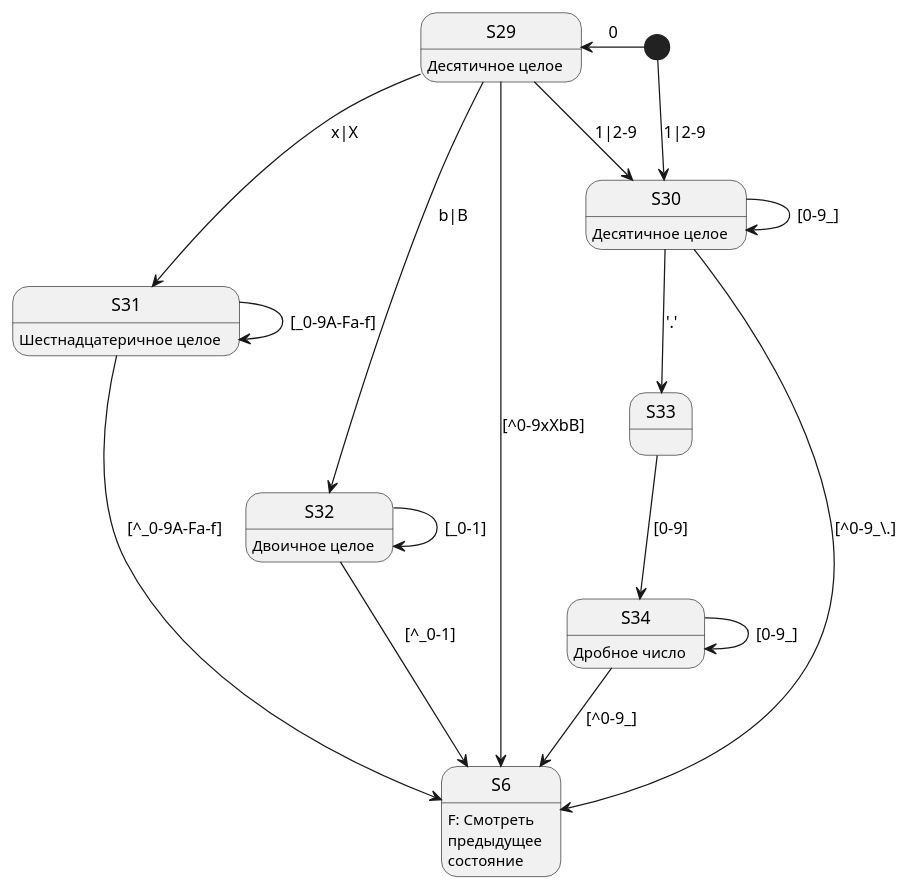
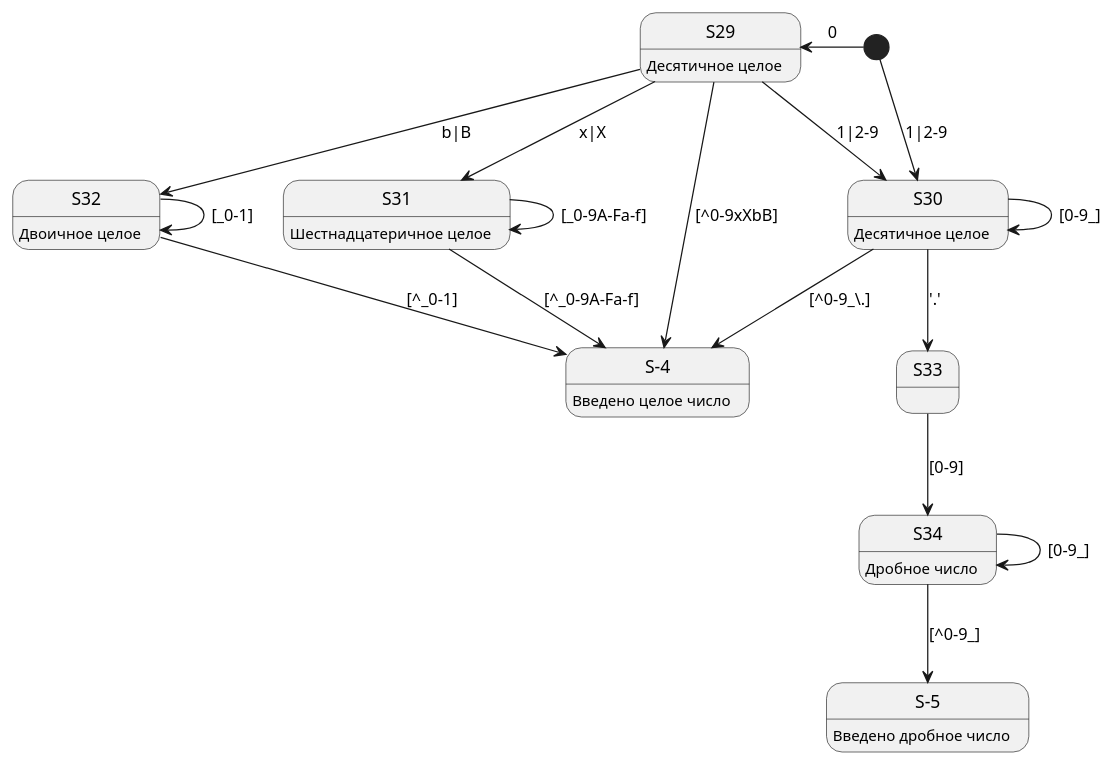
Before and after one commit to vladimirlll/CSharpLexicalAnalyzer: the diagram in Диаграмма состояния для ЛА/sd4.puml, drawn with PlantUML. The commit also changed 12 other files, not shown here.

```diff
--- a/Диаграмма состояния для ЛА/sd4.puml
+++ b/Диаграмма состояния для ЛА/sd4.puml
@@ -1,30 +1,34 @@
 @startuml "sd4"
+
+state "S-4" as Integer
+state "S-5" as Real 
+Integer : Введено целое число
+Real : Введено дробное число
 
 [*] -left-> S29 : 0
 S29 --> S30 : 1|2-9
 S29 --> S31 : x|X
 S29 --> S32 : b|B
-S29 --> S6 : [^0-9xXbB]
+S29 --> Integer : [^0-9xXbB]
 S29 : Десятичное целое
 
 [*] --> S30 : 1|2-9
 S30 --> S30 : [0-9_]
 S30 --> S33 : '.'
-S30 --> S6 : [^0-9_\.]
-S6 : F: Смотреть\nпредыдущее\nсостояние
+S30 --> Integer : [^0-9_\.]
 S30 : Десятичное целое
 
 S31 --> S31 : [_0-9A-Fa-f]
 S31 : Шестнадцатеричное целое
-S31 --> S6 : [^_0-9A-Fa-f]
+S31 --> Integer : [^_0-9A-Fa-f]
 
 S32 --> S32 : [_0-1]
 S32 : Двоичное целое
-S32 --> S6 : [^_0-1]
+S32 --> Integer : [^_0-1]
 
 S33 --> S34 : [0-9]
 S34 --> S34 : [0-9_]
-S34 --> S6 : [^0-9_]
+S34 --> Real : [^0-9_]
 S34 : Дробное число
 
 @enduml
```
